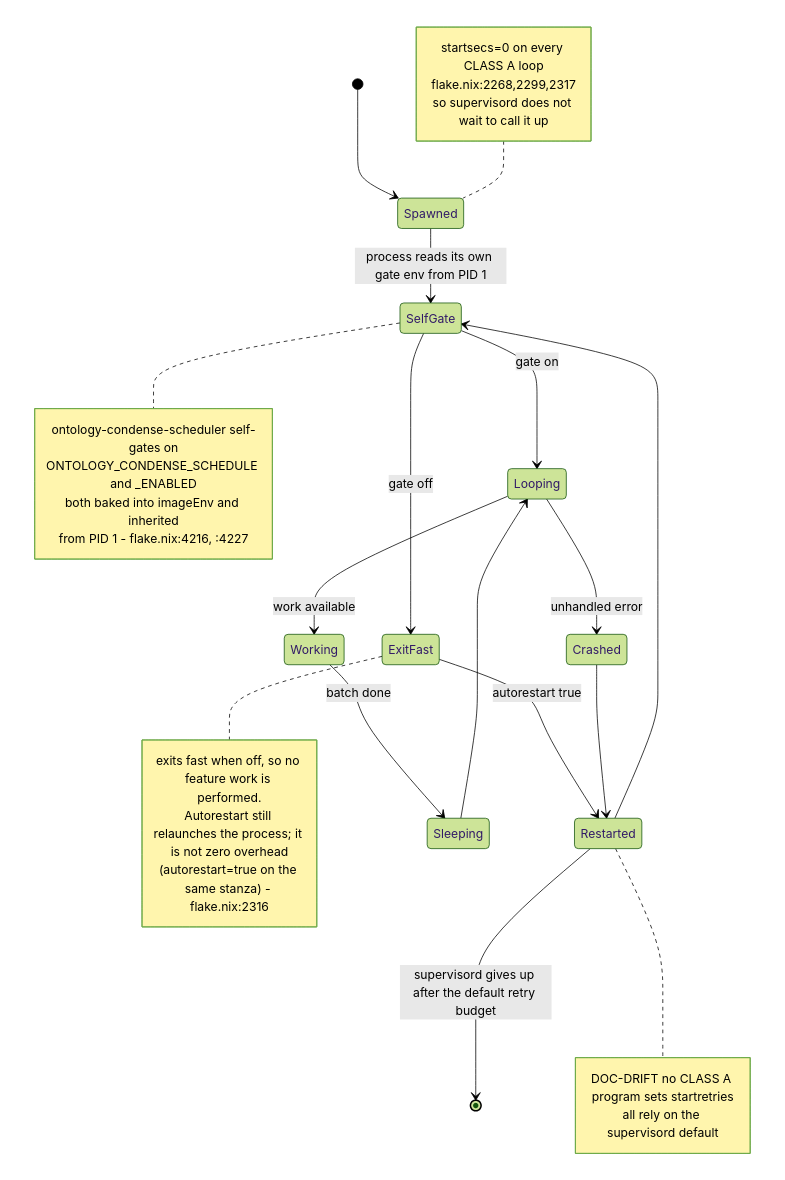
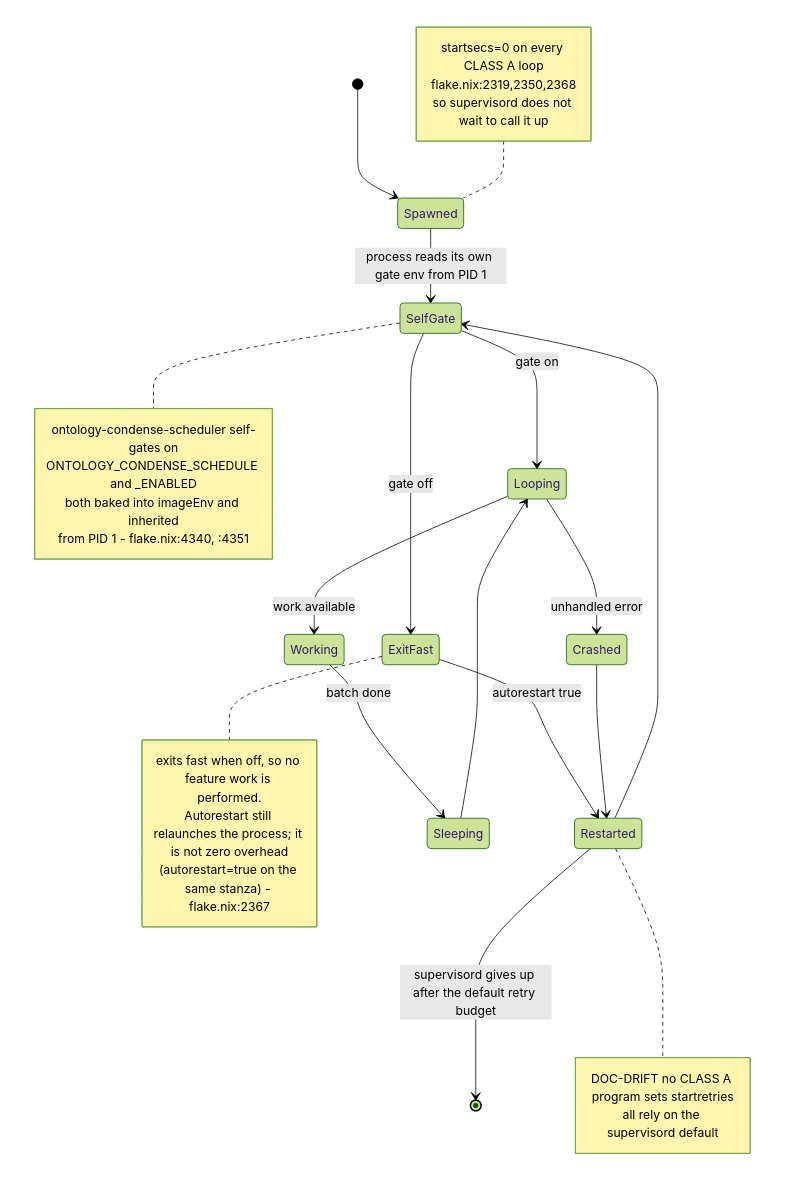
Before and after one commit to DreamLab-AI/VisionFlow: the second of 11 diagrams in docs/diagrams/agentbox/07-daemons-reapers-cron-backups.md, drawn with Mermaid (forest theme). The commit also changed other lines of this file and 80 other files, not shown here.

First line of the commit message:
docs(diagrams): re-verify the agentbox, dreamlab, estate and visionflow corpus against current sources

````diff
--- a/docs/diagrams/agentbox/07-daemons-reapers-cron-backups.md
+++ b/docs/diagrams/agentbox/07-daemons-reapers-cron-backups.md
@@ -48,36 +53,36 @@
 ```mermaid
 stateDiagram-v2
     [*] --> Spawned
     Spawned --> SelfGate: process reads its own gate env from PID 1
     SelfGate --> ExitFast: gate off
     SelfGate --> Looping: gate on
     ExitFast --> Restarted: autorestart true
     Restarted --> SelfGate
     Looping --> Working: work available
     Working --> Sleeping: batch done
     Sleeping --> Looping
     Looping --> Crashed: unhandled error
     Crashed --> Restarted
     Restarted --> [*]: supervisord gives up after the default retry budget
 
     note right of SelfGate
         ontology-condense-scheduler self-gates on
         ONTOLOGY_CONDENSE_SCHEDULE and _ENABLED
         both baked into imageEnv and inherited
-        from PID 1 - flake.nix:4216, :4227
+        from PID 1 - flake.nix:4340, :4351
     end note
     note right of ExitFast
         exits fast when off, so no feature work is performed.
         Autorestart still relaunches the process; it is not zero overhead
-        (autorestart=true on the same stanza) - flake.nix:2316
+        (autorestart=true on the same stanza) - flake.nix:2367
     end note
     note left of Spawned
         startsecs=0 on every CLASS A loop
-        flake.nix:2268,2299,2317
+        flake.nix:2319,2350,2368
         so supervisord does not wait to call it up
     end note
     note right of Restarted
         DOC-DRIFT no CLASS A program sets startretries
         all rely on the supervisord default
     end note
 ```
````
